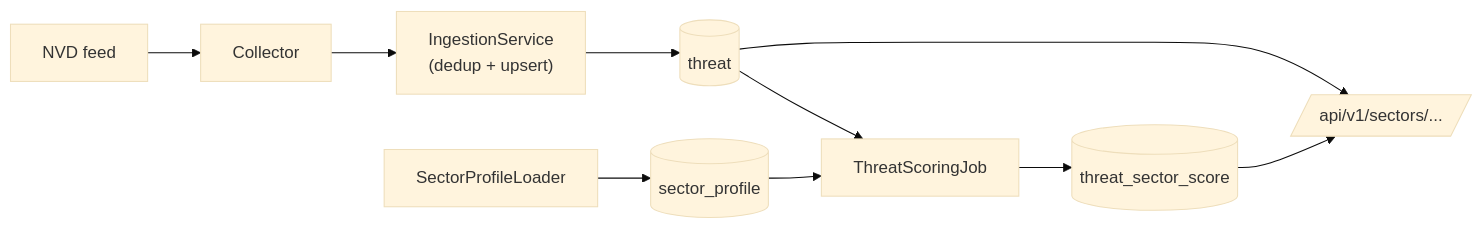
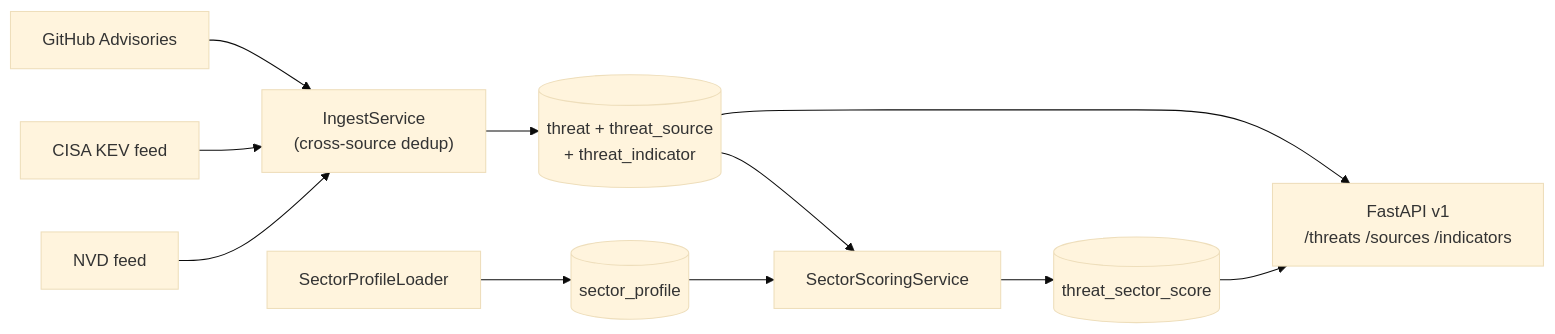
The diagram in README.md (Setounkpe7/threat-intel-api), drawn with Mermaid (base theme) before and after one commit. The commit also changed other lines of this file and 2 other files, not shown here.

First line of the commit message:
docs: M3a — sources table, collector authoring guide, indicator catalogue

````diff
--- a/README.md
+++ b/README.md
@@ -115,12 +132,13 @@
 ```mermaid
 flowchart LR
-    NVD[NVD feed] --> Collector
-    Collector --> Ingestion["IngestionService<br/>(dedup + upsert)"]
-    Ingestion --> Threat[(threat)]
-    Threat --> ScoringJob[ThreatScoringJob]
+    NVD[NVD feed] --> Ingest
+    KEV[CISA KEV feed] --> Ingest
+    GHSA[GitHub Advisories] --> Ingest
+    Ingest["IngestService<br/>(cross-source dedup)"] --> Threat[(threat + threat_source<br/>+ threat_indicator)]
+    Threat --> ScoringJob[SectorScoringService]
     ProfileLoader[SectorProfileLoader] --> Profiles[(sector_profile)]
     Profiles --> ScoringJob
     ScoringJob --> Scores[(threat_sector_score)]
-    Scores --> API[/api/v1/sectors/.../]
+    Scores --> API[FastAPI v1<br/>/threats /sources /indicators]
     Threat --> API
 ```
````
